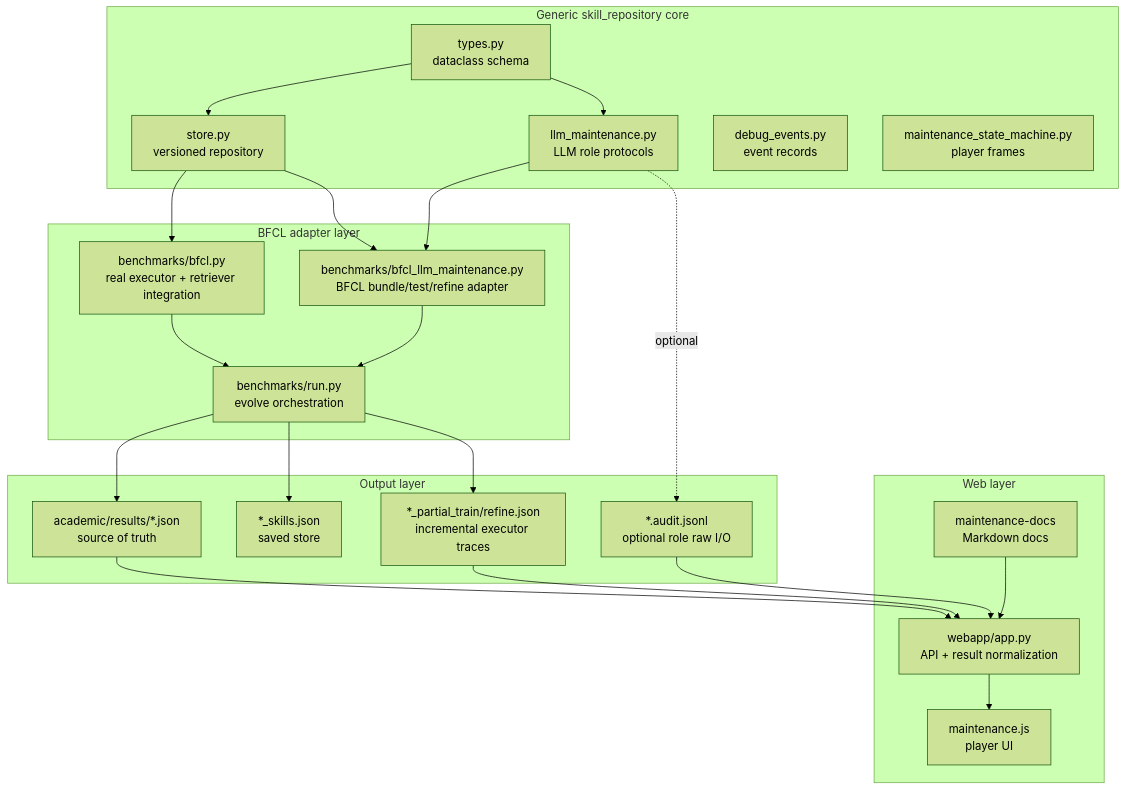
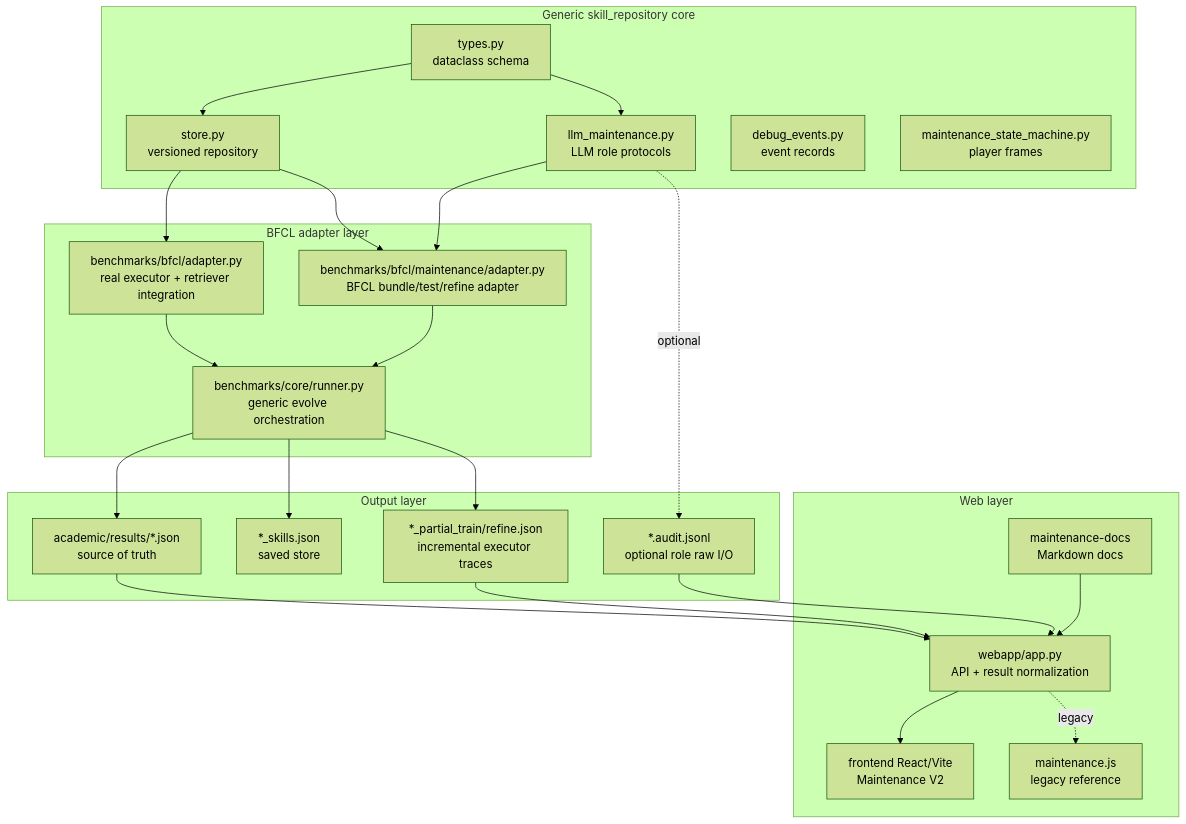
One commit to lixujun20/skill_evolving changed the second of 27 diagrams in academic/skill_repository/MAINTENANCE_ARCHITECTURE.md. Above: the diagram before and after it, drawn with Mermaid (forest theme). The commit also changed other lines of this file and 426 other files, not shown here.

````diff
--- a/academic/skill_repository/MAINTENANCE_ARCHITECTURE.md
+++ b/academic/skill_repository/MAINTENANCE_ARCHITECTURE.md
@@ -46,46 +53,48 @@
 ```mermaid
 flowchart TB
     subgraph GenericCore["Generic skill_repository core"]
         Types[types.py<br/>dataclass schema]
         Store[store.py<br/>versioned repository]
         LLM[llm_maintenance.py<br/>LLM role protocols]
         Debug[debug_events.py<br/>event records]
         State[maintenance_state_machine.py<br/>player frames]
     end
 
     subgraph BenchmarkAdapter["BFCL adapter layer"]
-        BFCLExec[benchmarks/bfcl.py<br/>real executor + retriever integration]
-        BFCLMaint[benchmarks/bfcl_llm_maintenance.py<br/>BFCL bundle/test/refine adapter]
-        Runner[benchmarks/run.py<br/>evolve orchestration]
+        BFCLExec[benchmarks/bfcl/adapter.py<br/>real executor + retriever integration]
+        BFCLMaint[benchmarks/bfcl/maintenance/adapter.py<br/>BFCL bundle/test/refine adapter]
+        Runner[benchmarks/core/runner.py<br/>generic evolve orchestration]
     end
 
     subgraph Outputs["Output layer"]
         Result[academic/results/*.json<br/>source of truth]
         SkillFile[*_skills.json<br/>saved store]
         Partial[*_partial_train/refine.json<br/>incremental executor traces]
         Audit[*.audit.jsonl<br/>optional role raw I/O]
     end
 
     subgraph WebLayer["Web layer"]
-        App[webapp/app.py<br/>API + result normalization]
-        JS[maintenance.js<br/>player UI]
-        Docs[maintenance-docs<br/>Markdown docs]
+    App[webapp/app.py<br/>API + result normalization]
+    React[frontend React/Vite<br/>Maintenance V2]
+    JS[maintenance.js<br/>legacy reference]
+    Docs[maintenance-docs<br/>Markdown docs]
     end
 
     Types --> Store
     Types --> LLM
     Store --> BFCLExec
     Store --> BFCLMaint
     LLM --> BFCLMaint
     BFCLExec --> Runner
     BFCLMaint --> Runner
     Runner --> Result
     Runner --> SkillFile
     Runner --> Partial
     LLM -. optional .-> Audit
     Result --> App
     Partial --> App
     Audit --> App
-    App --> JS
+    App --> React
+    App -. legacy .-> JS
     Docs --> App
 ```
````
